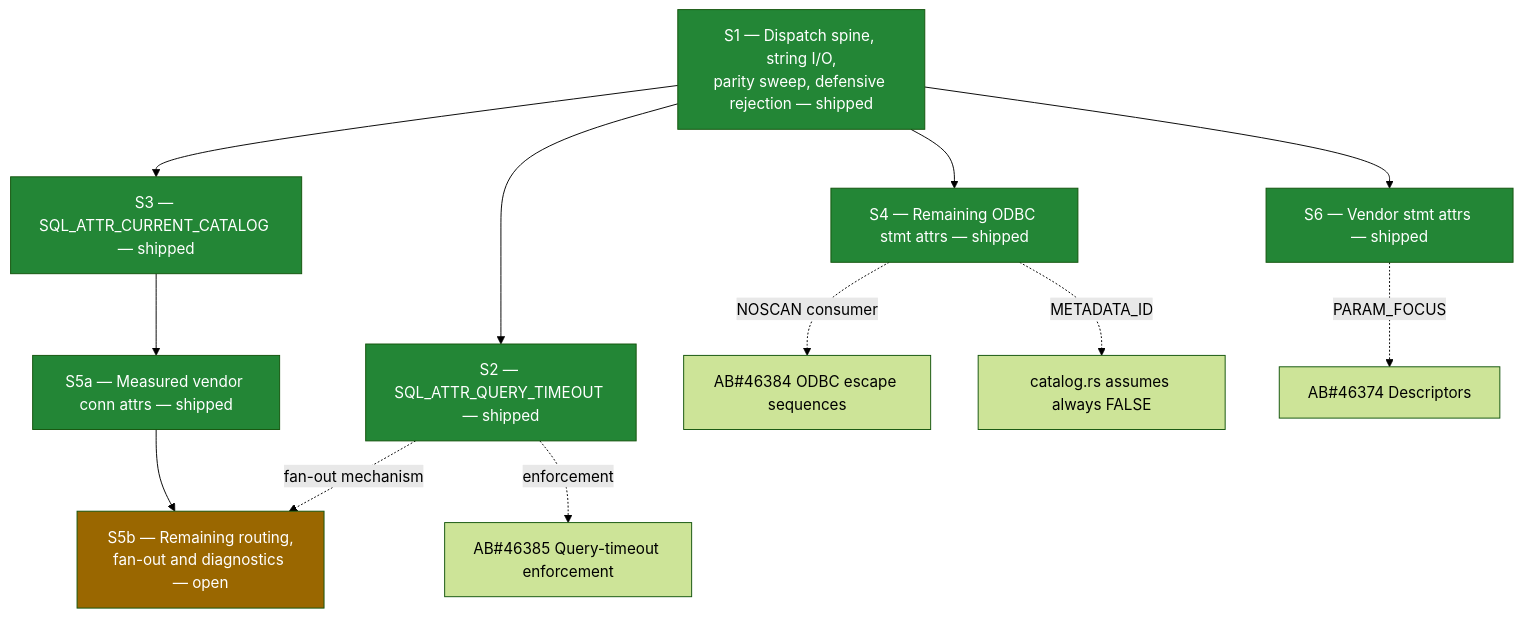
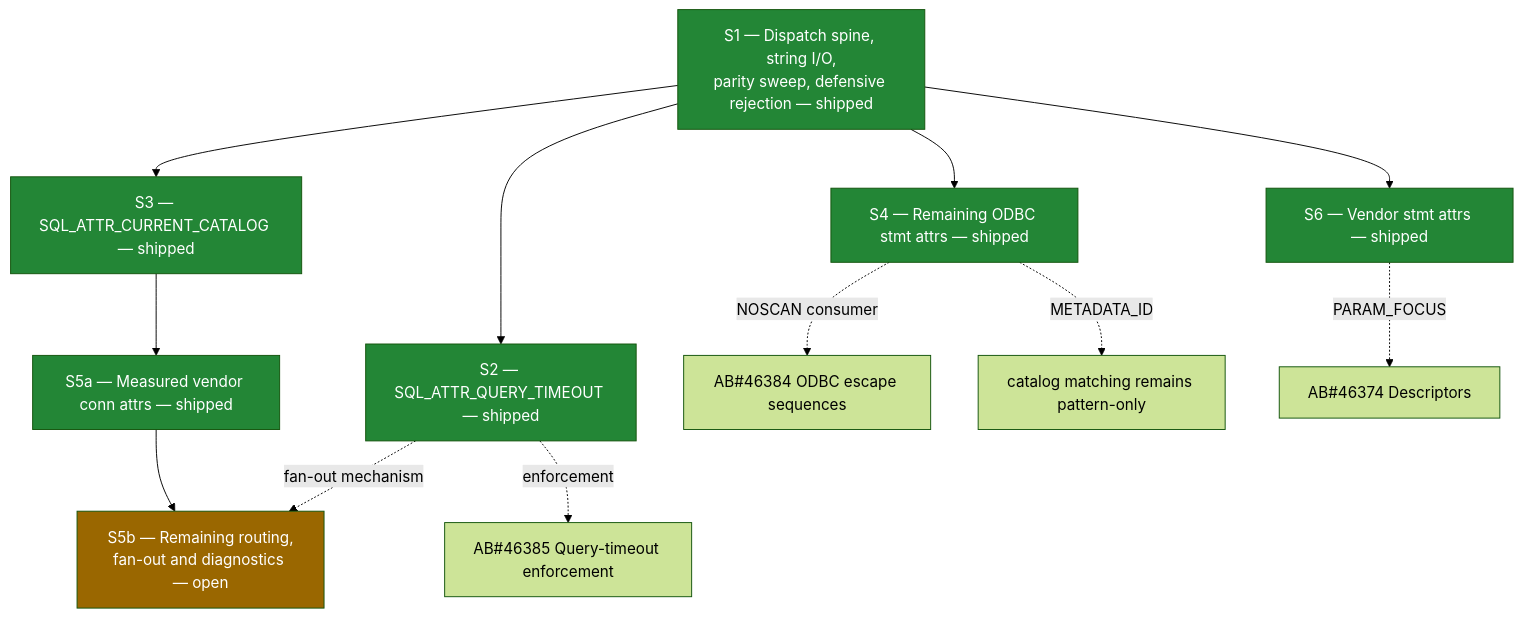
One commit to microsoft/mssql-rs changed the diagram in mssql-odbc/docs/attributes_plan.md. Above: the diagram before and after it, drawn with Mermaid (forest theme). The commit also changed other lines of this file and 5 other files, not shown here.

````diff
--- a/mssql-odbc/docs/attributes_plan.md
+++ b/mssql-odbc/docs/attributes_plan.md
@@ -675,28 +674,28 @@
 ```mermaid
 flowchart TD
     S1["S1 — Dispatch spine, string I/O,<br/>parity sweep, defensive rejection — shipped"]
     S2["S2 — SQL_ATTR_QUERY_TIMEOUT — shipped"]
     S3["S3 — SQL_ATTR_CURRENT_CATALOG — shipped"]
     S4["S4 — Remaining ODBC stmt attrs — shipped"]
     S5a["S5a — Measured vendor conn attrs — shipped"]
     S5b["S5b — Remaining routing,<br/>fan-out and diagnostics — open"]
     S6["S6 — Vendor stmt attrs — shipped"]
 
     S1 --> S2
     S1 --> S3
     S1 --> S4
     S1 --> S6
     S3 --> S5a
     S5a --> S5b
     S2 -.->|fan-out mechanism| S5b
 
     S2 -.->|enforcement| E1["AB#46385 Query-timeout enforcement"]
     S4 -.->|NOSCAN consumer| E2["AB#46384 ODBC escape sequences"]
-    S4 -.->|METADATA_ID| E3["catalog.rs assumes always FALSE"]
+    S4 -.->|METADATA_ID| E3["catalog matching remains pattern-only"]
     S6 -.->|PARAM_FOCUS| E4["AB#46374 Descriptors"]
 
     classDef shipped fill:#238636,color:#fff
     classDef open fill:#9a6700,color:#fff
     class S1,S2,S3,S4,S5a,S6 shipped
     class S5b open
 ```
````
